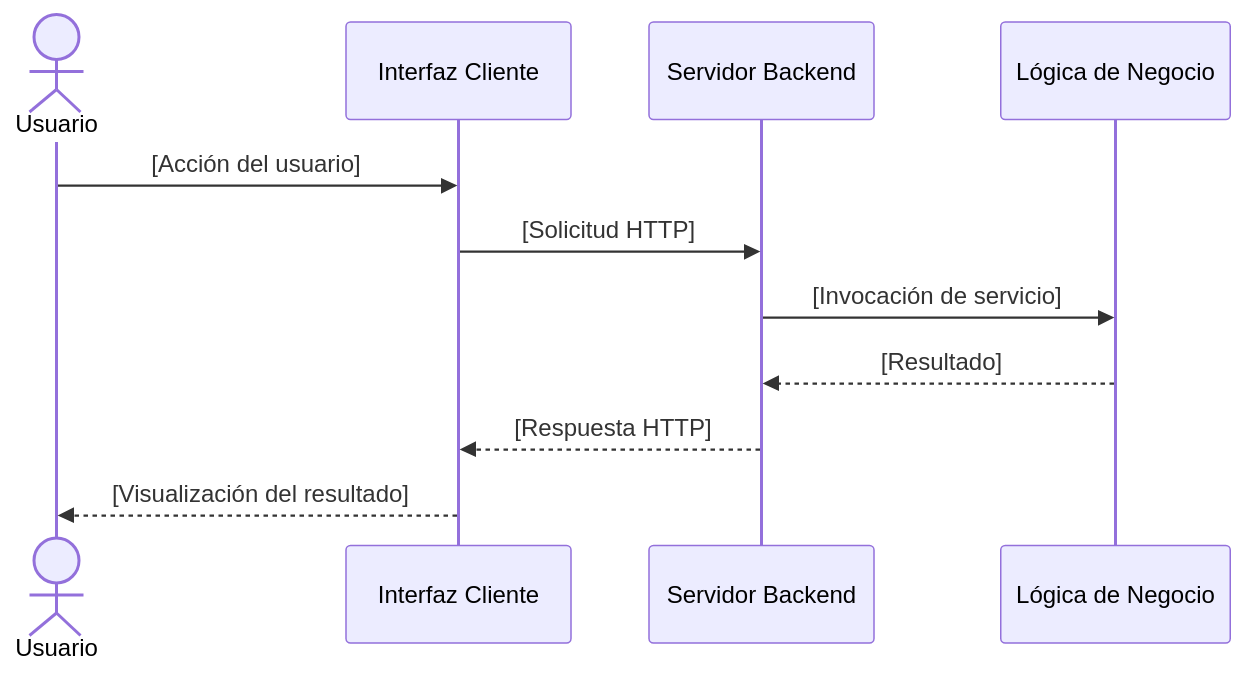
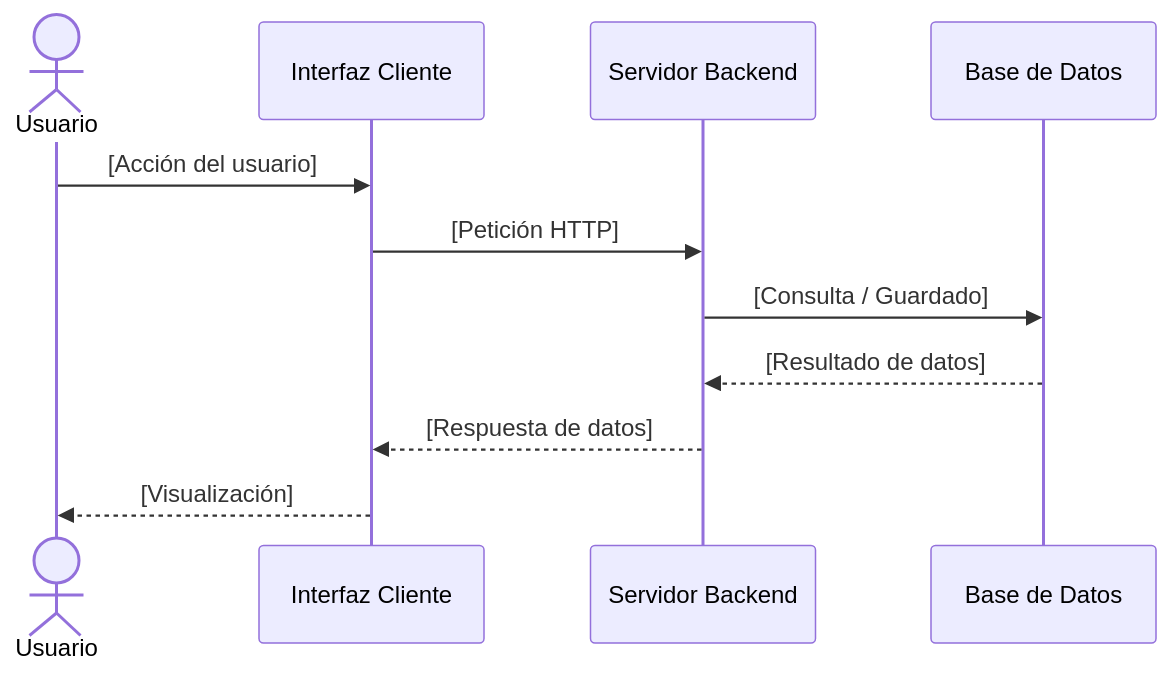
Before and after one commit to AXLAAF/SAQ_Marcos_XOOKTECH: the second of 2 diagrams in 01-Proyecto/03-Diseño/Plantillas/Formatos/PLT-FOR_Diagrama_Arquitectura.md, drawn with Mermaid. The commit also changed other lines of this file and 18 other files, not shown here.

````diff
--- a/01-Proyecto/03-Diseño/Plantillas/Formatos/PLT-FOR_Diagrama_Arquitectura.md
+++ b/01-Proyecto/03-Diseño/Plantillas/Formatos/PLT-FOR_Diagrama_Arquitectura.md
@@ -45,14 +43,14 @@
 ```mermaid
 sequenceDiagram
     actor Usuario
     participant UI as Interfaz Cliente
     participant Backend as Servidor Backend
-    participant Servicio as Lógica de Negocio
+    participant DB as Base de Datos
 
     Usuario->>UI: [Acción del usuario]
-    UI->>Backend: [Solicitud HTTP]
-    Backend->>Servicio: [Invocación de servicio]
-    Servicio-->>Backend: [Resultado]
-    Backend-->>UI: [Respuesta HTTP]
-    UI-->>Usuario: [Visualización del resultado]
+    UI->>Backend: [Petición HTTP]
+    Backend->>DB: [Consulta / Guardado]
+    DB-->>Backend: [Resultado de datos]
+    Backend-->>UI: [Respuesta de datos]
+    UI-->>Usuario: [Visualización]
 ```
````
